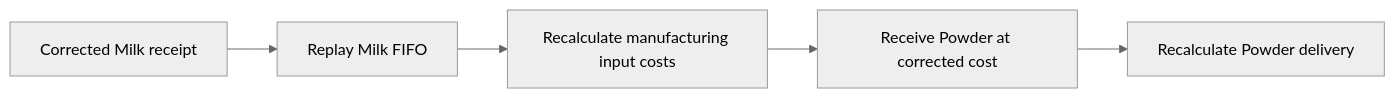
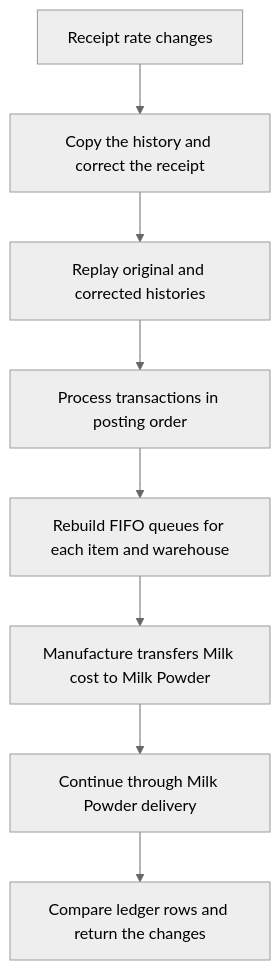
The diagram in README.md (Pandiyan5273/stock-reposting-fifo), drawn with Mermaid (neutral theme) before and after one commit. The commit also changed other lines of this file and 14 other files, not shown here.

````diff
--- a/README.md
+++ b/README.md
@@ -116,7 +92,10 @@
 ```mermaid
-flowchart LR
-    A[Corrected Milk receipt] --> B[Replay Milk FIFO]
-    B --> C[Recalculate manufacturing input costs]
-    C --> D[Receive Powder at corrected cost]
-    D --> E[Recalculate Powder delivery]
+flowchart TD
+    A[Receipt rate changes] --> B[Copy the history and correct the receipt]
+    B --> C[Replay original and corrected histories]
+    C --> D[Process transactions in posting order]
+    D --> E[Rebuild FIFO queues for each item and warehouse]
+    E --> F[Manufacture transfers Milk cost to Milk Powder]
+    F --> G[Continue through Milk Powder delivery]
+    G --> H[Compare ledger rows and return the changes]
 ```
````
